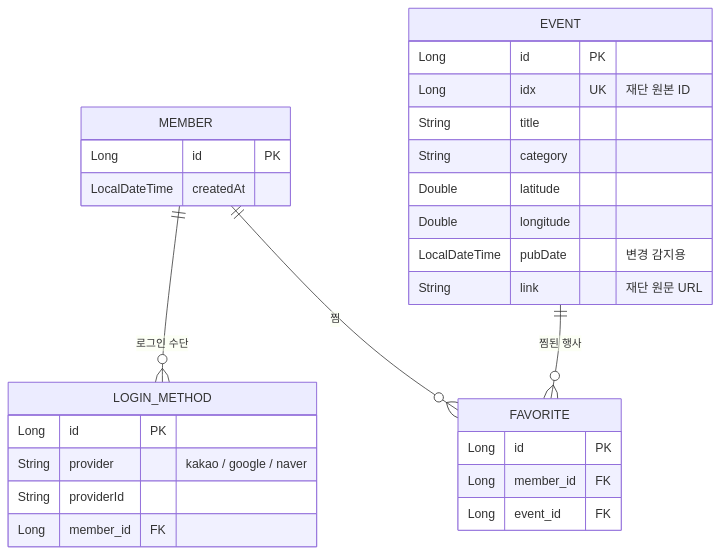
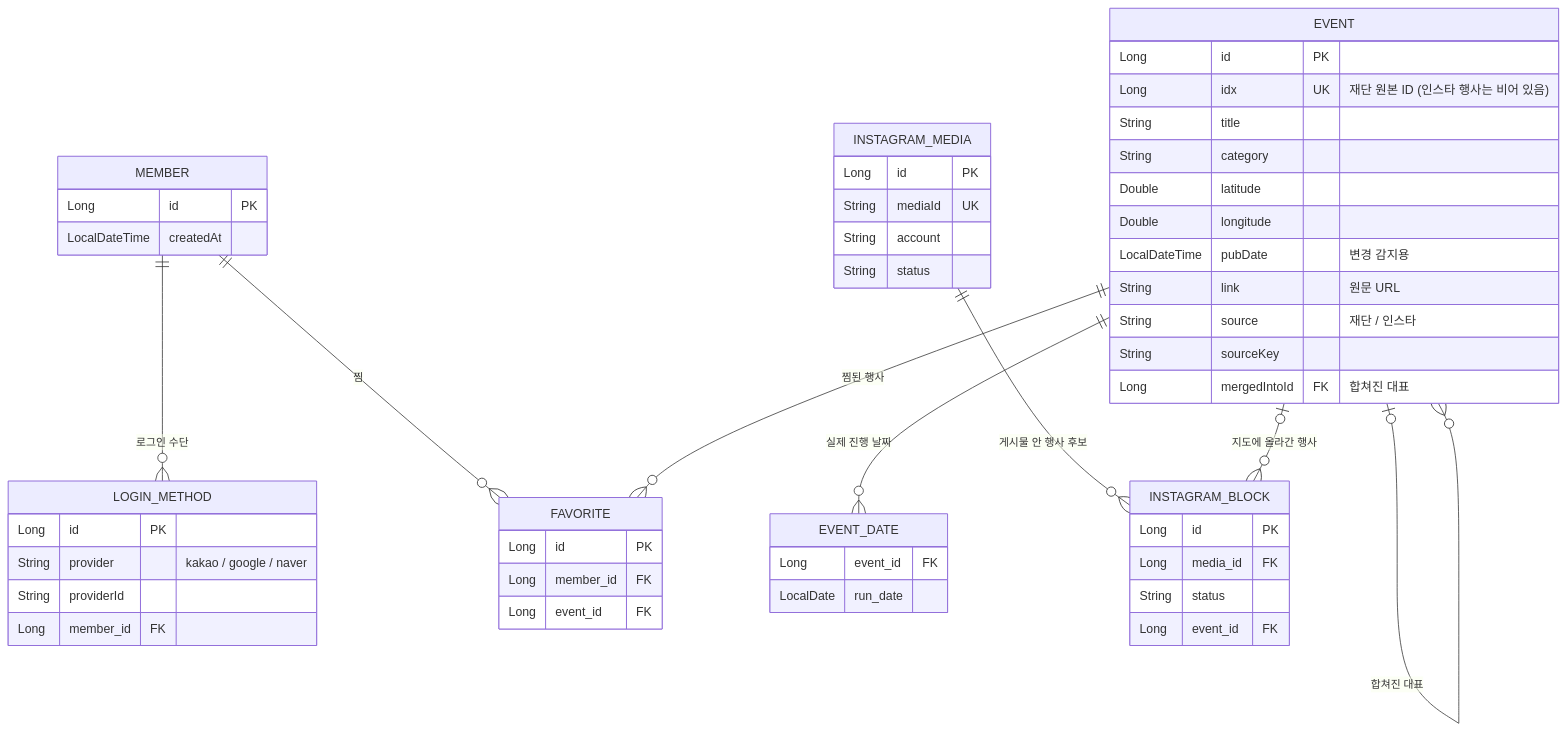
The diagram in README.md (gwhong-dev/SuwonCultureMap), drawn with Mermaid before and after one commit. The commit also changed other lines of this file and 1 other file, not shown here.

````diff
--- a/README.md
+++ b/README.md
@@ -54,32 +77,55 @@
 ```mermaid
 erDiagram
     MEMBER ||--o{ LOGIN_METHOD : "로그인 수단"
     MEMBER ||--o{ FAVORITE : "찜"
     EVENT  ||--o{ FAVORITE : "찜된 행사"
+    EVENT  |o--o{ EVENT : "합쳐진 대표"
+    EVENT  ||--o{ EVENT_DATE : "실제 진행 날짜"
+    INSTAGRAM_MEDIA ||--o{ INSTAGRAM_BLOCK : "게시물 안 행사 후보"
+    EVENT  |o--o{ INSTAGRAM_BLOCK : "지도에 올라간 행사"
 
     MEMBER {
         Long id PK
         LocalDateTime createdAt
     }
     LOGIN_METHOD {
         Long id PK
         String provider "kakao / google / naver"
         String providerId
         Long member_id FK
     }
     EVENT {
         Long id PK
-        Long idx UK "재단 원본 ID"
+        Long idx UK "재단 원본 ID (인스타 행사는 비어 있음)"
         String title
         String category
         Double latitude
         Double longitude
         LocalDateTime pubDate "변경 감지용"
-        String link "재단 원문 URL"
+        String link "원문 URL"
+        String source "재단 / 인스타"
+        String sourceKey
+        Long mergedIntoId FK "합쳐진 대표"
+    }
+    EVENT_DATE {
+        Long event_id FK
+        LocalDate run_date
+    }
+    INSTAGRAM_MEDIA {
+        Long id PK
+        String mediaId UK
+        String account
+        String status
+    }
+    INSTAGRAM_BLOCK {
+        Long id PK
+        Long media_id FK
+        String status
+        Long event_id FK
     }
     FAVORITE {
         Long id PK
         Long member_id FK
         Long event_id FK
     }
 ```
````
